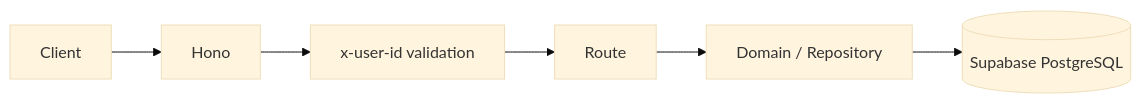
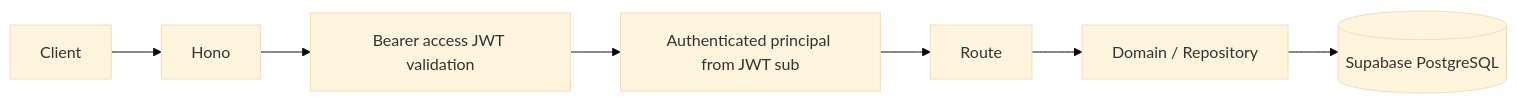
The first of 2 diagrams in docs/architecture/server.md (huiru-wang/fanto), drawn with Mermaid (base theme) before and after one commit. The commit also changed 79 other files, not shown here.

````diff
--- a/docs/architecture/server.md
+++ b/docs/architecture/server.md
@@ -22,8 +22,9 @@
 ```mermaid
 flowchart LR
   C[Client] --> H[Hono]
-  H --> U[x-user-id validation]
-  U --> R[Route]
+  H --> U[Bearer access JWT validation]
+  U --> P[Authenticated principal from JWT sub]
+  P --> R[Route]
   R --> D[Domain / Repository]
   D --> DB[(Supabase PostgreSQL)]
 ```
````
